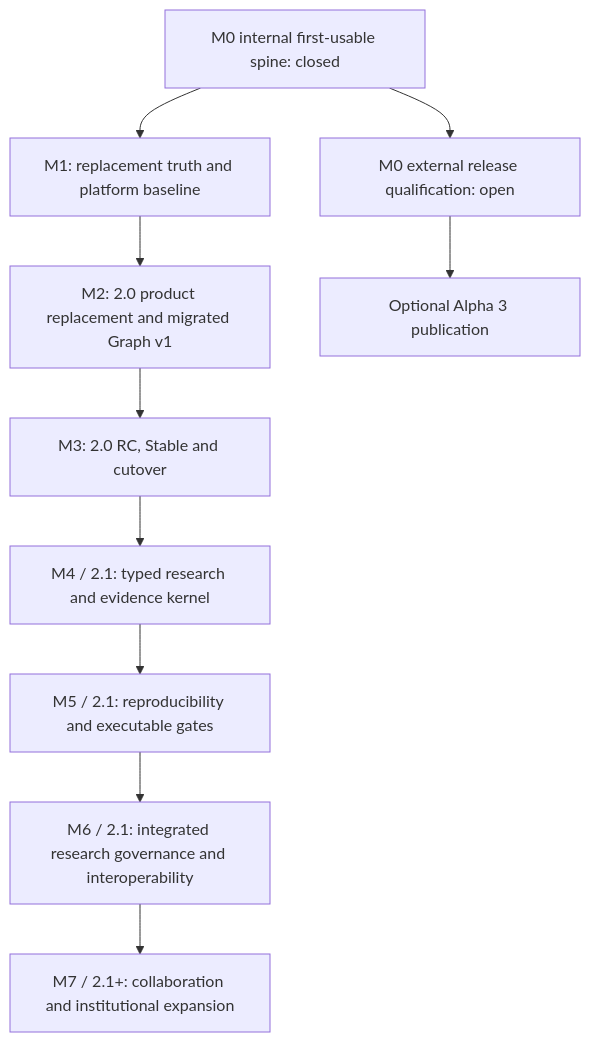
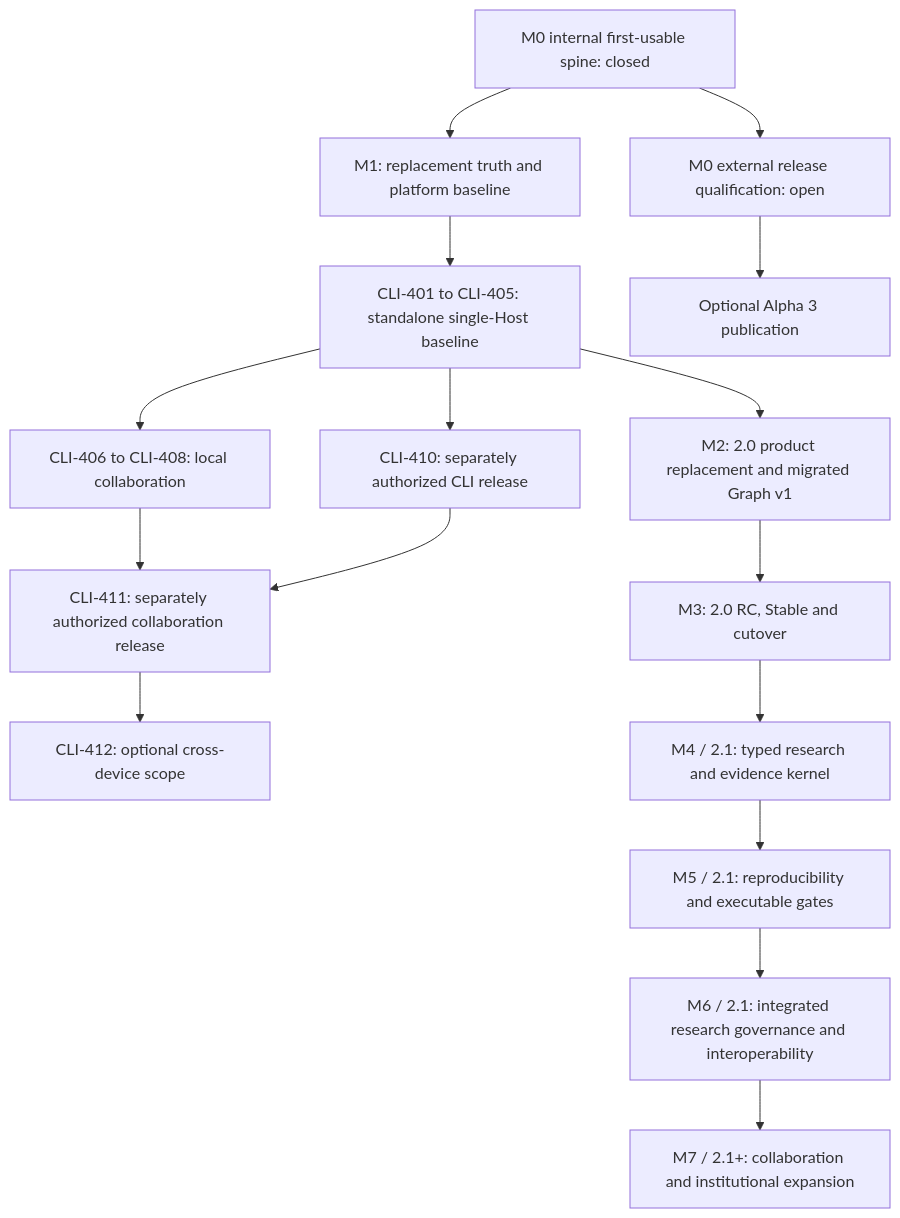
Before and after one commit to jxpeng98/qiongli: the diagram in docs/superpowers/roadmaps/2026-08-02-qiongli-2-research-harness-master-roadmap.md, drawn with Mermaid. The commit also changed other lines of this file and 19 other files, not shown here.

First line of the commit message:
docs(roadmap): close app stage and adopt cli-first delivery

````diff
--- a/docs/superpowers/roadmaps/2026-08-02-qiongli-2-research-harness-master-roadmap.md
+++ b/docs/superpowers/roadmaps/2026-08-02-qiongli-2-research-harness-master-roadmap.md
@@ -279,12 +323,18 @@
 ```mermaid
 flowchart TD
     M0I["M0 internal first-usable spine: closed"] --> M0R["M0 external release qualification: open"]
     M0I --> M1["M1: replacement truth and platform baseline"]
-    M1 --> M2["M2: 2.0 product replacement and migrated Graph v1"]
+    M1 --> CLI["CLI-401 to CLI-405: standalone single-Host baseline"]
+    CLI --> CLIREL["CLI-410: separately authorized CLI release"]
+    CLI --> LOCAL["CLI-406 to CLI-408: local collaboration"]
+    LOCAL --> LOCALREL["CLI-411: separately authorized collaboration release"]
+    CLIREL --> LOCALREL
+    LOCALREL --> REMOTE["CLI-412: optional cross-device scope"]
+    CLI --> M2["M2: 2.0 product replacement and migrated Graph v1"]
     M2 --> M3["M3: 2.0 RC, Stable and cutover"]
     M0R --> PUB["Optional Alpha 3 publication"]
     M3 --> M4["M4 / 2.1: typed research and evidence kernel"]
     M4 --> M5["M5 / 2.1: reproducibility and executable gates"]
     M5 --> M6["M6 / 2.1: integrated research governance and interoperability"]
     M6 --> M7["M7 / 2.1+: collaboration and institutional expansion"]
 ```
````
